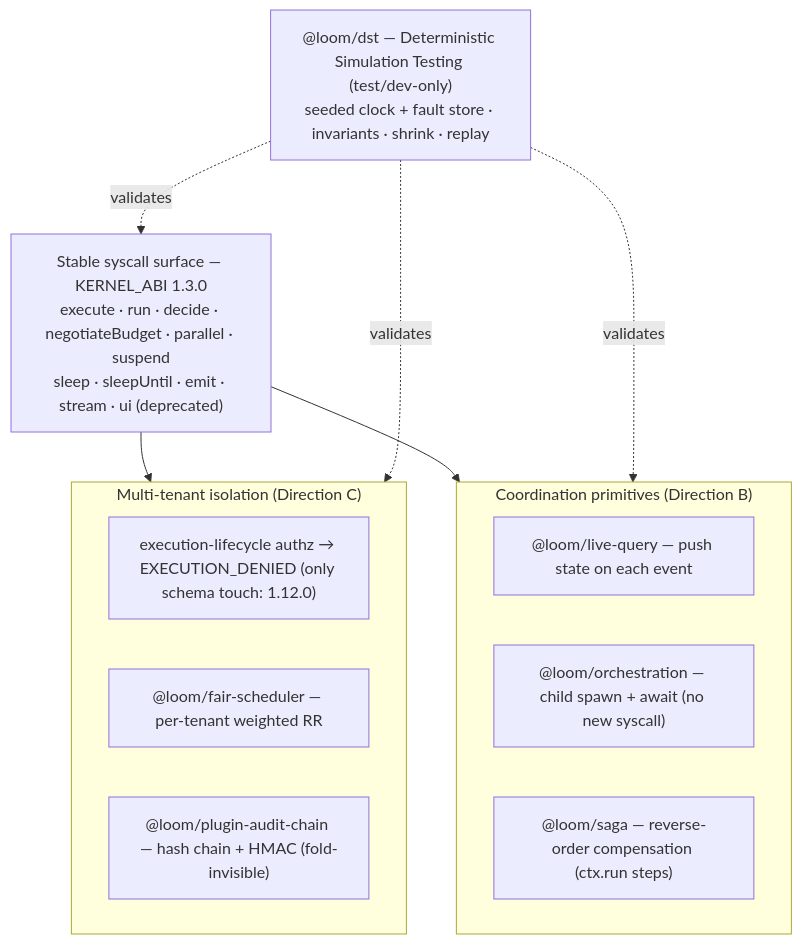
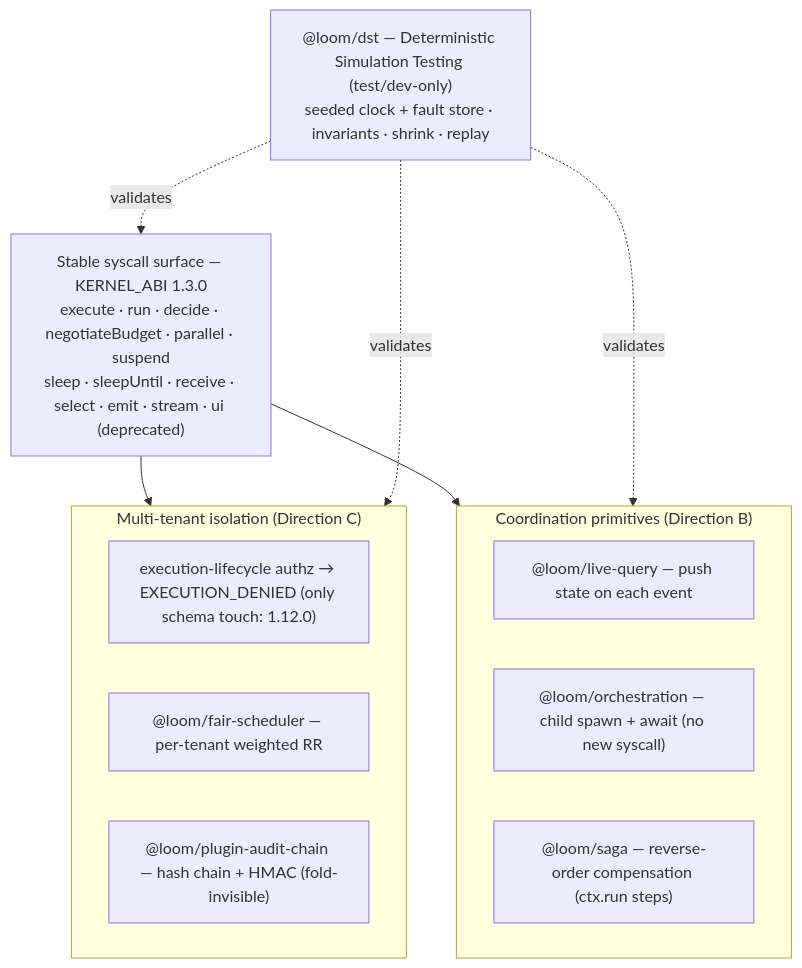
Before and after one commit to chhetrisushil/loom: diagram 12 of 13 in docs/architecture.md, drawn with Mermaid. The commit also changed other lines of this file and 45 other files, not shown here.

````diff
--- a/docs/architecture.md
+++ b/docs/architecture.md
@@ -423,24 +423,24 @@
 ```mermaid
 flowchart TB
-  Sys["Stable syscall surface — KERNEL_ABI 1.3.0<br/>execute · run · decide · negotiateBudget · parallel · suspend<br/>sleep · sleepUntil · emit · stream · ui (deprecated)"]
+  Sys["Stable syscall surface — KERNEL_ABI 1.3.0<br/>execute · run · decide · negotiateBudget · parallel · suspend<br/>sleep · sleepUntil · receive · select · emit · stream · ui (deprecated)"]
 
   subgraph Iso["Multi-tenant isolation (Direction C)"]
     AZ["execution-lifecycle authz → EXECUTION_DENIED (only schema touch: 1.12.0)"]
     FS["@loom/fair-scheduler — per-tenant weighted RR"]
     AC["@loom/plugin-audit-chain — hash chain + HMAC (fold-invisible)"]
   end
 
   subgraph Coord["Coordination primitives (Direction B)"]
     LQ["@loom/live-query — push state on each event"]
     OR["@loom/orchestration — child spawn + await (no new syscall)"]
     SG["@loom/saga — reverse-order compensation (ctx.run steps)"]
   end
 
   DST["@loom/dst — Deterministic Simulation Testing (test/dev-only)<br/>seeded clock + fault store · invariants · shrink · replay"]
 
   Sys --> Iso
   Sys --> Coord
   DST -.validates.-> Iso
   DST -.validates.-> Coord
   DST -.validates.-> Sys
 ```
````
